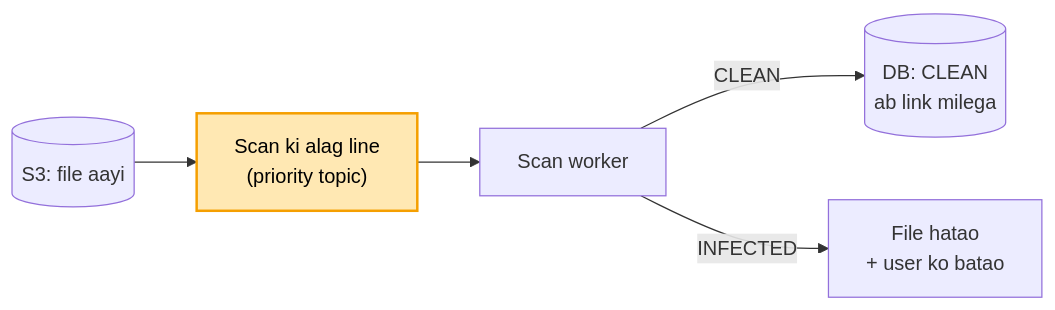
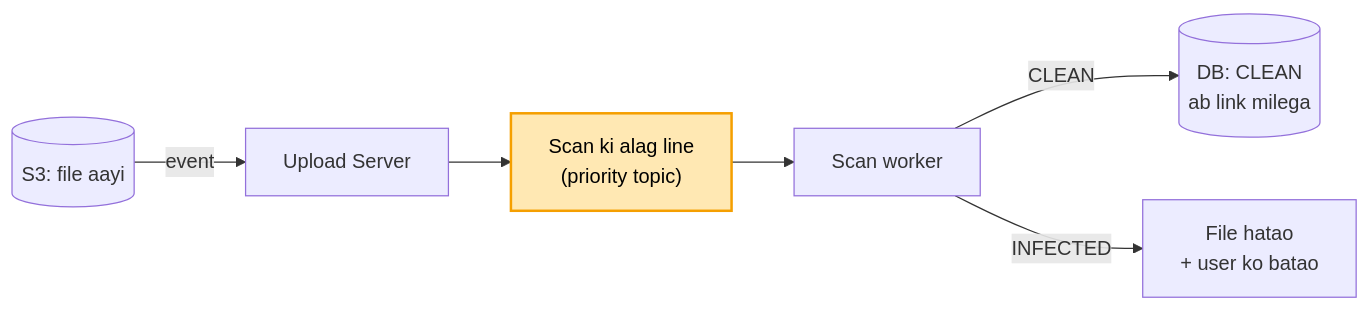
The sixth of 6 diagrams in 04_HLD/SYSTEM_DESIGNS/07_file_upload_validate_system/07_file_upload.md (ArpanMaheshwari144/Prep), drawn with Mermaid before and after one commit. The commit also changed other lines of this file, not shown here.

Commit message:
File upload: scan diagram me S3 event server ke raaste, Wrap me lifecycle = kachra safai (file khoye nahi me nahi)

````diff
--- a/04_HLD/SYSTEM_DESIGNS/07_file_upload_validate_system/07_file_upload.md
+++ b/04_HLD/SYSTEM_DESIGNS/07_file_upload_validate_system/07_file_upload.md
@@ -154,8 +154,9 @@
 ```mermaid
 flowchart LR
-    S3[("S3: file aayi")] --> K["Scan ki alag line<br/>(priority topic)"]
+    S3[("S3: file aayi")] -- "event" --> U["Upload Server"]
+    U --> K["Scan ki alag line<br/>(priority topic)"]
     K --> W["Scan worker"]
     W -- "CLEAN" --> DB[("DB: CLEAN<br/>ab link milega")]
     W -- "INFECTED" --> X["File hatao<br/>+ user ko batao"]
     style K fill:#ffe8b3,stroke:#f59f00,stroke-width:2px,color:#000
 ```
````
